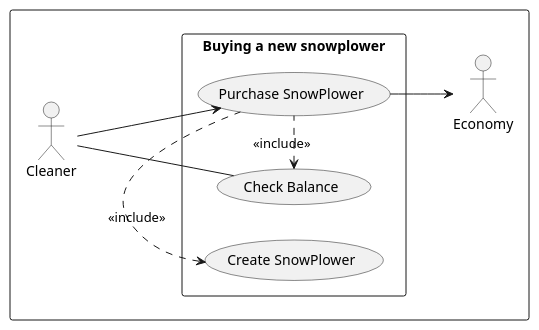
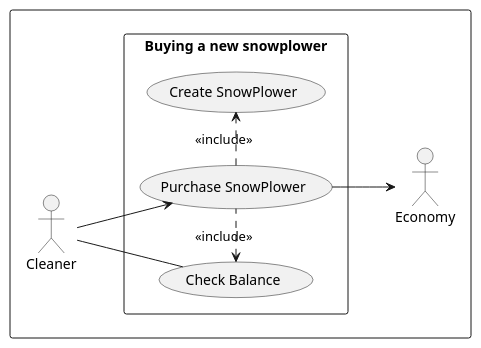
The diagram in UML/5. beadandó/Use-case diagram/buySnowPlow.puml (MiklosBacsi/Hokotro), drawn with PlantUML before and after one commit. The commit also changed 25 other files, not shown here.

```diff
--- a/UML/5. beadandó/Use-case diagram/buySnowPlow.puml
+++ b/UML/5. beadandó/Use-case diagram/buySnowPlow.puml
@@ -1,21 +1,21 @@
 @startuml
 rectangle {
 left to right direction
 
 actor Cleaner as C
 actor Economy as E
 
 rectangle "Buying a new snowplower" {
     (Purchase SnowPlower)   as ps
     (Check Balance)   as cb
     (Create SnowPlower) as cs
 
     ps .left.> cb : <<include>>
-    ps .left.> cs : <<include>>
+    ps .right.> cs : <<include>>
 }
 
 C --> ps
 ps -down-> E
 C -- cb
 }
 @enduml
```
